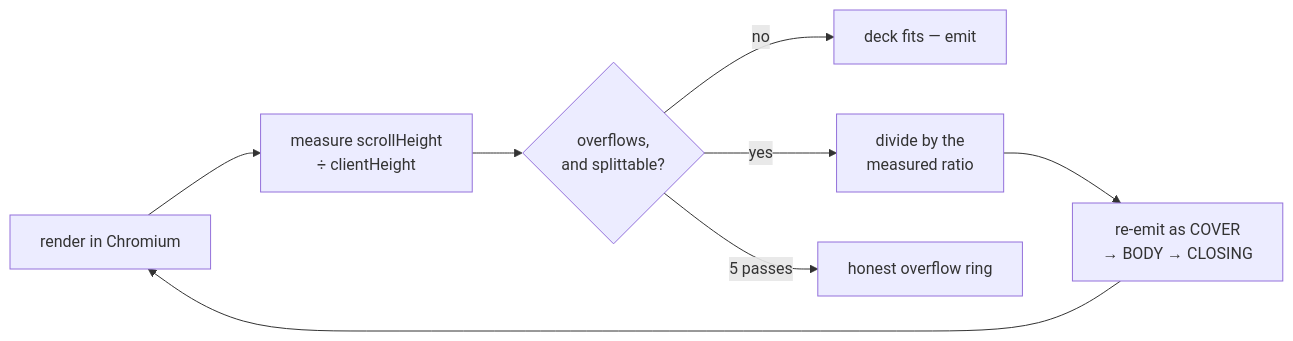
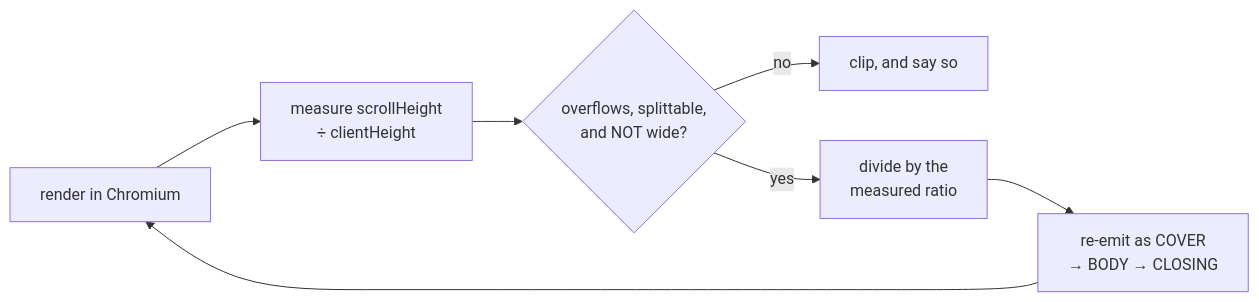
The second of 2 diagrams in examples/lattice-technical-assessment.md (Laticent/lattice), drawn with Mermaid before and after one commit. The commit also changed other lines of this file and 1 other file, not shown here.

````diff
--- a/examples/lattice-technical-assessment.md
+++ b/examples/lattice-technical-assessment.md
@@ -214,10 +214,9 @@
 ```mermaid
 flowchart LR
   R["render in Chromium"] --> M["measure scrollHeight<br/>÷ clientHeight"]
-  M --> Q{"overflows,<br/>and splittable?"}
-  Q -->|"no"| DONE["deck fits — emit"]
+  M --> Q{"overflows, splittable,<br/>and NOT wide?"}
+  Q -->|"no"| RING["clip, and say so"]
   Q -->|"yes"| D["divide by the<br/>measured ratio"]
   D --> E["re-emit as COVER<br/>→ BODY → CLOSING"]
   E --> R
-  Q -->|"5 passes"| RING["honest overflow ring"]
 ```
````
